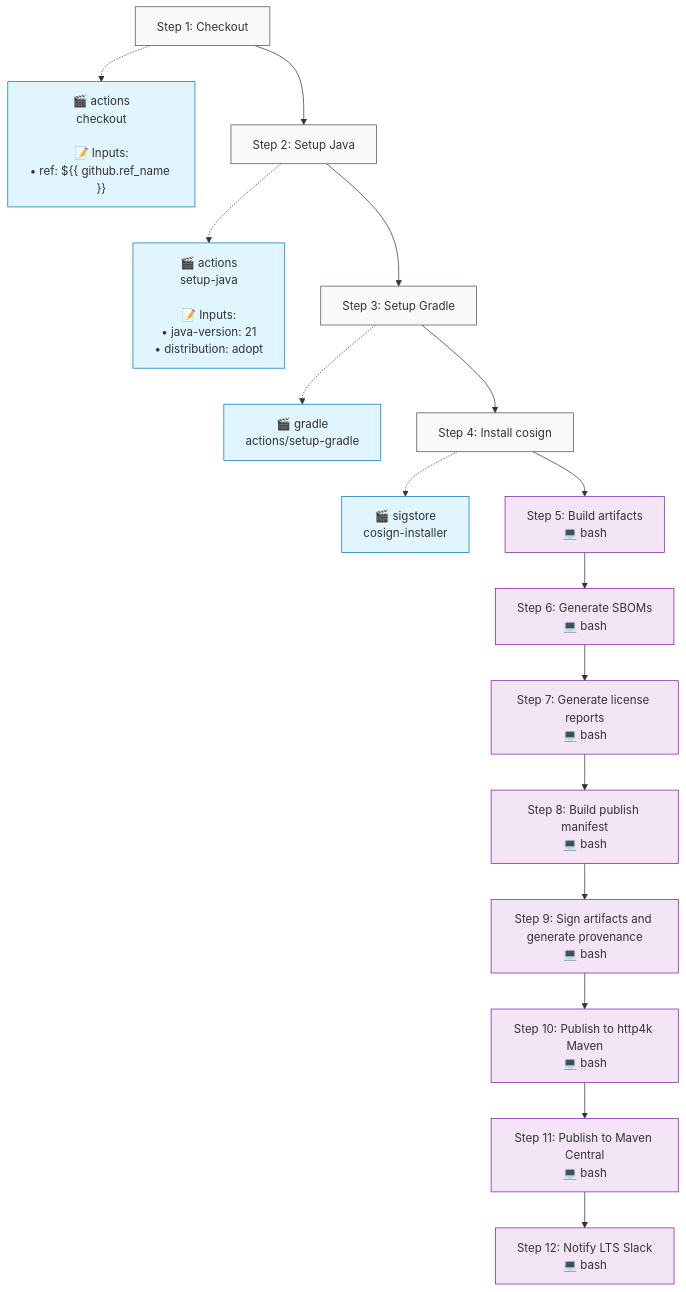
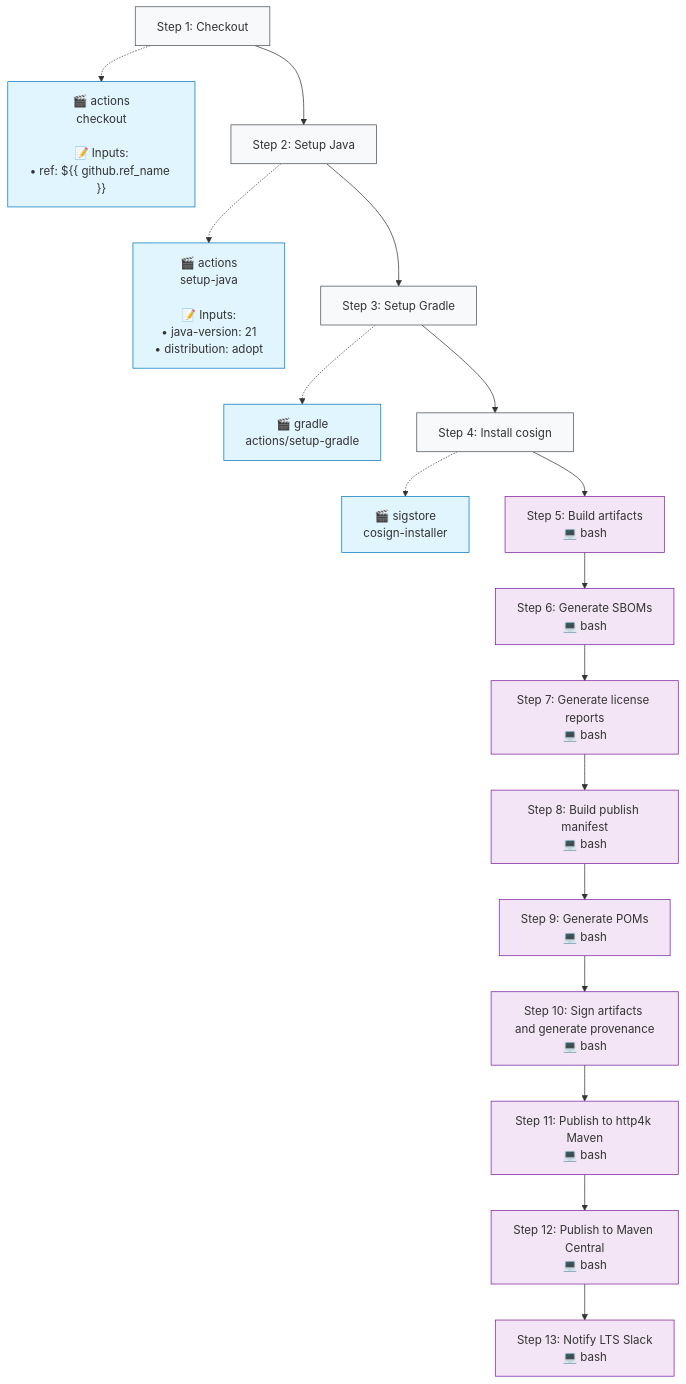
One commit to http4k/http4k changed the second of 2 diagrams in .github/typeflows/publish-artifacts/README.md. Above: the diagram before and after it, drawn with Mermaid. The commit also changed 5 other files, not shown here.

````diff
--- a/.github/typeflows/publish-artifacts/README.md
+++ b/.github/typeflows/publish-artifacts/README.md
@@ -21,51 +21,54 @@
 ```mermaid
 %%{init: {"flowchart": {"curve": "basis"}}}%%
 flowchart TD
     step1["Step 1: Checkout"]
     style step1 fill:#f8f9fa,stroke:#495057
     action1["🎬 actions<br/>checkout<br/><br/>📝 Inputs:<br/>• ref: ${{ github.ref_name }}"]
     style action1 fill:#e1f5fe,stroke:#0277bd
     step1 -.-> action1
     step2["Step 2: Setup Java"]
     style step2 fill:#f8f9fa,stroke:#495057
     action2["🎬 actions<br/>setup-java<br/><br/>📝 Inputs:<br/>• java-version: 21<br/>• distribution: adopt"]
     style action2 fill:#e1f5fe,stroke:#0277bd
     step2 -.-> action2
     step1 --> step2
     step3["Step 3: Setup Gradle"]
     style step3 fill:#f8f9fa,stroke:#495057
     action3["🎬 gradle<br/>actions/setup-gradle"]
     style action3 fill:#e1f5fe,stroke:#0277bd
     step3 -.-> action3
     step2 --> step3
     step4["Step 4: Install cosign"]
     style step4 fill:#f8f9fa,stroke:#495057
     action4["🎬 sigstore<br/>cosign-installer"]
     style action4 fill:#e1f5fe,stroke:#0277bd
     step4 -.-> action4
     step3 --> step4
     step5["Step 5: Build artifacts<br/>💻 bash"]
     style step5 fill:#f3e5f5,stroke:#7b1fa2
     step4 --> step5
     step6["Step 6: Generate SBOMs<br/>💻 bash"]
     style step6 fill:#f3e5f5,stroke:#7b1fa2
     step5 --> step6
     step7["Step 7: Generate license reports<br/>💻 bash"]
     style step7 fill:#f3e5f5,stroke:#7b1fa2
     step6 --> step7
     step8["Step 8: Build publish manifest<br/>💻 bash"]
     style step8 fill:#f3e5f5,stroke:#7b1fa2
     step7 --> step8
-    step9["Step 9: Sign artifacts and generate provenance<br/>💻 bash"]
+    step9["Step 9: Generate POMs<br/>💻 bash"]
     style step9 fill:#f3e5f5,stroke:#7b1fa2
     step8 --> step9
-    step10["Step 10: Publish to http4k Maven<br/>💻 bash"]
+    step10["Step 10: Sign artifacts and generate provenance<br/>💻 bash"]
     style step10 fill:#f3e5f5,stroke:#7b1fa2
     step9 --> step10
-    step11["Step 11: Publish to Maven Central<br/>💻 bash"]
+    step11["Step 11: Publish to http4k Maven<br/>💻 bash"]
     style step11 fill:#f3e5f5,stroke:#7b1fa2
     step10 --> step11
-    step12["Step 12: Notify LTS Slack<br/>💻 bash"]
+    step12["Step 12: Publish to Maven Central<br/>💻 bash"]
     style step12 fill:#f3e5f5,stroke:#7b1fa2
     step11 --> step12
+    step13["Step 13: Notify LTS Slack<br/>💻 bash"]
+    style step13 fill:#f3e5f5,stroke:#7b1fa2
+    step12 --> step13
 ```
````
